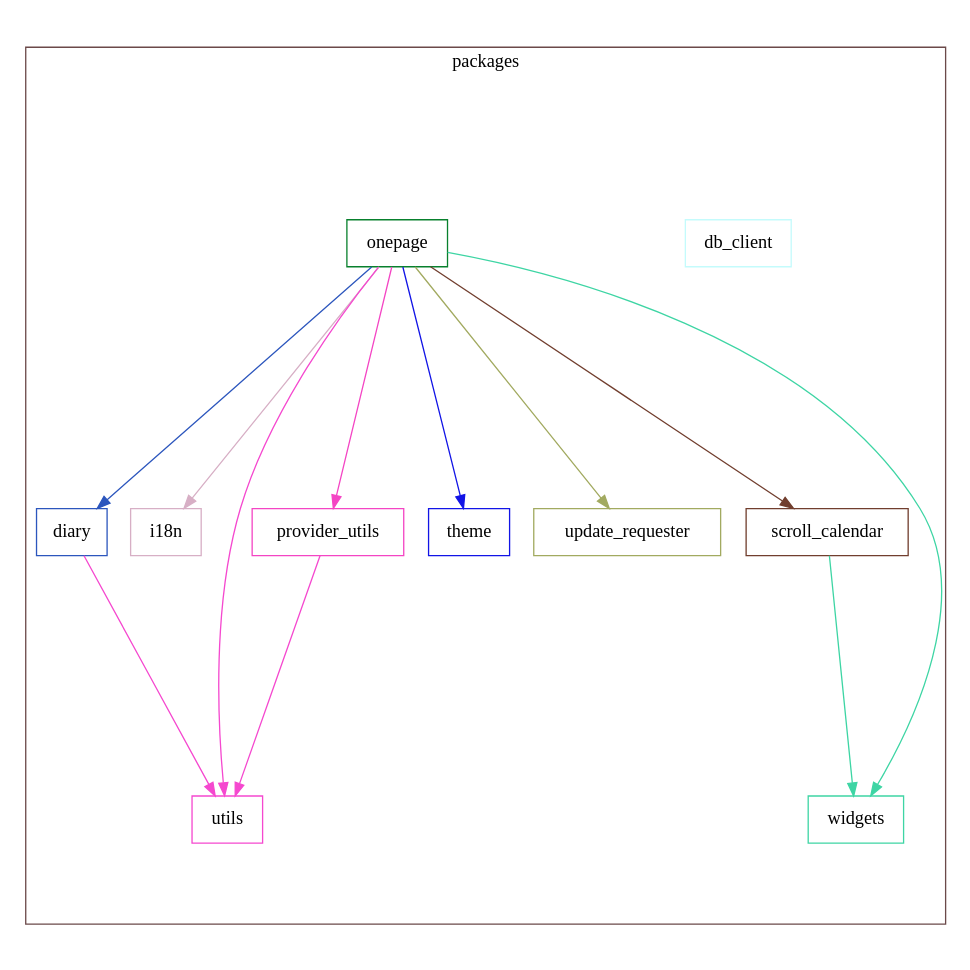
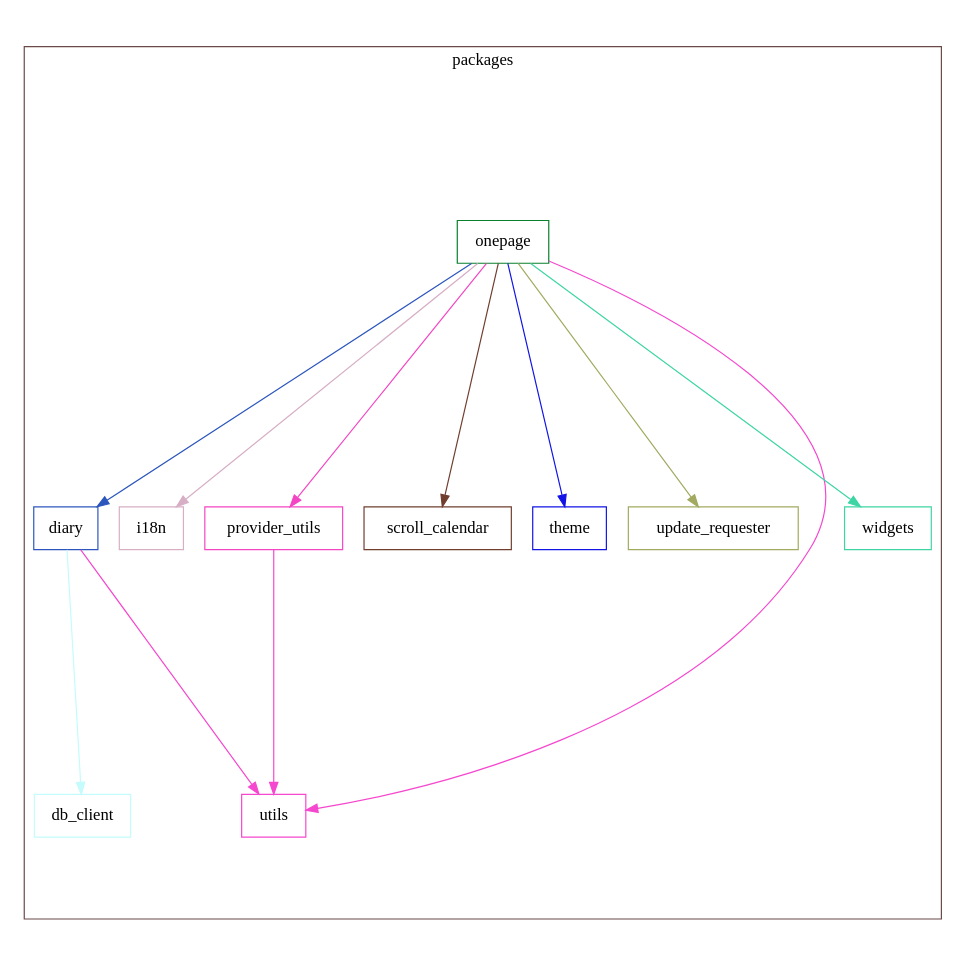
Before and after one commit to naipaka/onepage: the diagram in docs/dependency_graph.dot, drawn with Graphviz. The commit also changed 1 other file, not shown here.

Commit message:
Update Dependency Graph and SVG image (#15)

```diff
--- a/docs/dependency_graph.dot
+++ b/docs/dependency_graph.dot
@@ -1,38 +1,38 @@
 digraph packages {
   size="10"; ratio=fill;
   db_client [shape="box"; color="#c4fbfc"];
   diary [shape="box"; color="#2c56bd"];
   i18n [shape="box"; color="#d7afc5"];
   onepage [shape="box"; color="#08802d"];
   provider_utils [shape="box"; color="#f445c4"];
   scroll_calendar [shape="box"; color="#713e2e"];
   theme [shape="box"; color="#1214e6"];
   update_requester [shape="box"; color="#a2aa60"];
   utils [shape="box"; color="#f548cf"];
   widgets [shape="box"; color="#3ed5a4"];
+  diary -> db_client [style="filled"; color="#c4fbfc"];
   diary -> utils [style="filled"; color="#f548cf"];
   onepage -> diary [style="filled"; color="#2c56bd"];
   onepage -> i18n [style="filled"; color="#d7afc5"];
   onepage -> provider_utils [style="filled"; color="#f445c4"];
   onepage -> scroll_calendar [style="filled"; color="#713e2e"];
   onepage -> theme [style="filled"; color="#1214e6"];
   onepage -> update_requester [style="filled"; color="#a2aa60"];
   onepage -> utils [style="filled"; color="#f548cf"];
   onepage -> widgets [style="filled"; color="#3ed5a4"];
   provider_utils -> utils [style="filled"; color="#f548cf"];
-  scroll_calendar -> widgets [style="filled"; color="#3ed5a4"];
   subgraph "cluster packages" {
     label="packages";
     color="#6b4949";
     db_client;
     diary;
     i18n;
     onepage;
     provider_utils;
     scroll_calendar;
     theme;
     update_requester;
     utils;
     widgets;
   }
 }
```
